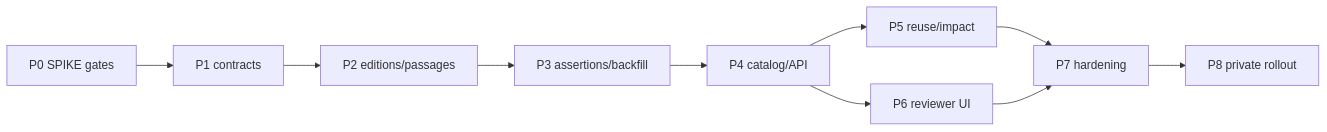
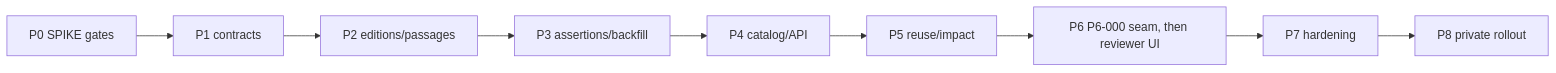
The diagram in .codex/worknotes/reusable-assertion-ledger/decisions-block.md (miethe/research-foundry), drawn with Mermaid before and after one commit. The commit also changed other lines of this file and 9 other files, not shown here.

````diff
--- a/.codex/worknotes/reusable-assertion-ledger/decisions-block.md
+++ b/.codex/worknotes/reusable-assertion-ledger/decisions-block.md
@@ -166,12 +166,11 @@
 ```mermaid
 graph LR
   P0["P0 SPIKE gates"] --> P1["P1 contracts"]
   P1 --> P2["P2 editions/passages"]
   P2 --> P3["P3 assertions/backfill"]
   P3 --> P4["P4 catalog/API"]
   P4 --> P5["P5 reuse/impact"]
-  P4 --> P6["P6 reviewer UI"]
-  P5 --> P7["P7 hardening"]
-  P6 --> P7
+  P5 --> P6["P6 P6-000 seam, then reviewer UI"]
+  P6 --> P7["P7 hardening"]
   P7 --> P8["P8 private rollout"]
 ```
````
